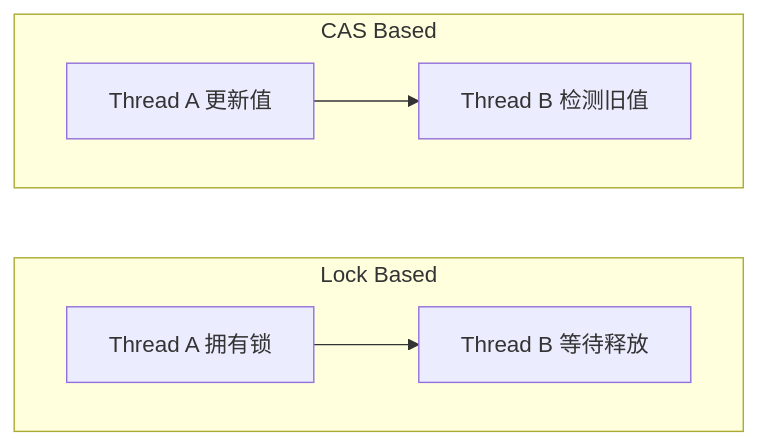
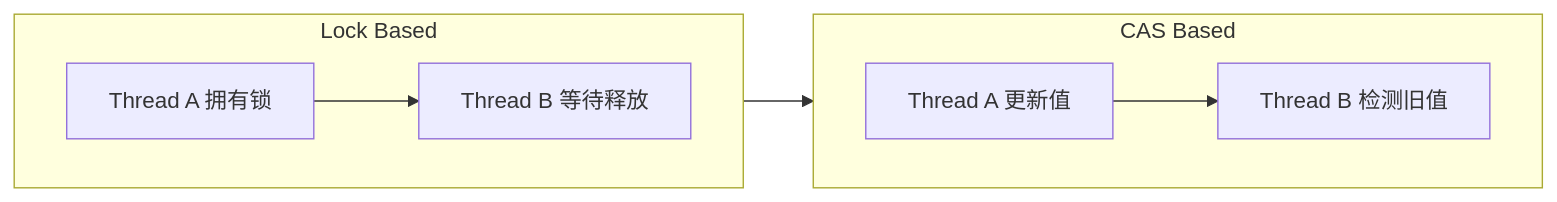
One commit to rebibabo/rebibabo.github.io changed the diagram in images/Java-concurrency/IMG-20260707-000022.mmd. Above: the diagram before and after it, drawn with Mermaid. The commit also changed 59 other files, not shown here.

```diff
--- a/images/Java-concurrency/IMG-20260707-000022.mmd
+++ b/images/Java-concurrency/IMG-20260707-000022.mmd
@@ -1,9 +1,9 @@
 graph LR
     subgraph Lock["Lock Based"]
         direction LR
         L1["Thread A 拥有锁"] --> L2["Thread B 等待释放"]
     end
     subgraph CAS["CAS Based"]
         direction LR
         C1["Thread A 更新值"] --> C2["Thread B 检测旧值"]
-    end
+    end    L1 --> C1
```
